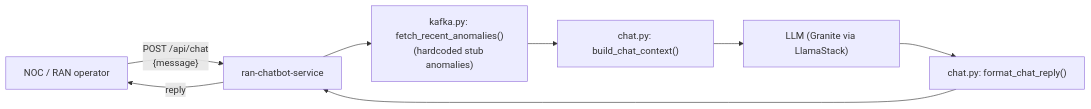
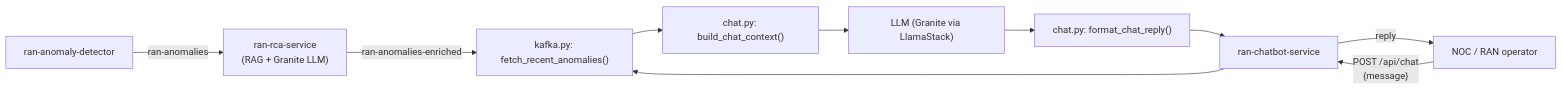
Before and after one commit to mtalvi/ai-driven-network-remediation: the third of 3 diagrams in docs/telco-oran-anomaly-detection.md, drawn with Mermaid. The commit also changed other lines of this file and 6 other files, not shown here.

First line of the commit message:
Swap chatbot stub for real ran-rca-service consumption

````diff
--- a/docs/telco-oran-anomaly-detection.md
+++ b/docs/telco-oran-anomaly-detection.md
@@ -357,10 +357,12 @@
 ```mermaid
 flowchart LR
+    detector["ran-anomaly-detector"] -->|"ran-anomalies"| rca["ran-rca-service\n(RAG + Granite LLM)"]
+    rca -->|"ran-anomalies-enriched"| fetch["kafka.py: fetch_recent_anomalies()"]
     operator["NOC / RAN operator"] -->|"POST /api/chat\n{message}"| bff["ran-chatbot-service"]
-    bff --> stub["kafka.py: fetch_recent_anomalies()\n(hardcoded stub anomalies)"]
-    stub --> ctx["chat.py: build_chat_context()"]
+    bff --> fetch
+    fetch --> ctx["chat.py: build_chat_context()"]
     ctx --> llm["LLM (Granite via LlamaStack)"]
     llm --> fmt["chat.py: format_chat_reply()"]
     fmt --> bff
     bff -->|"reply"| operator
 ```
````
